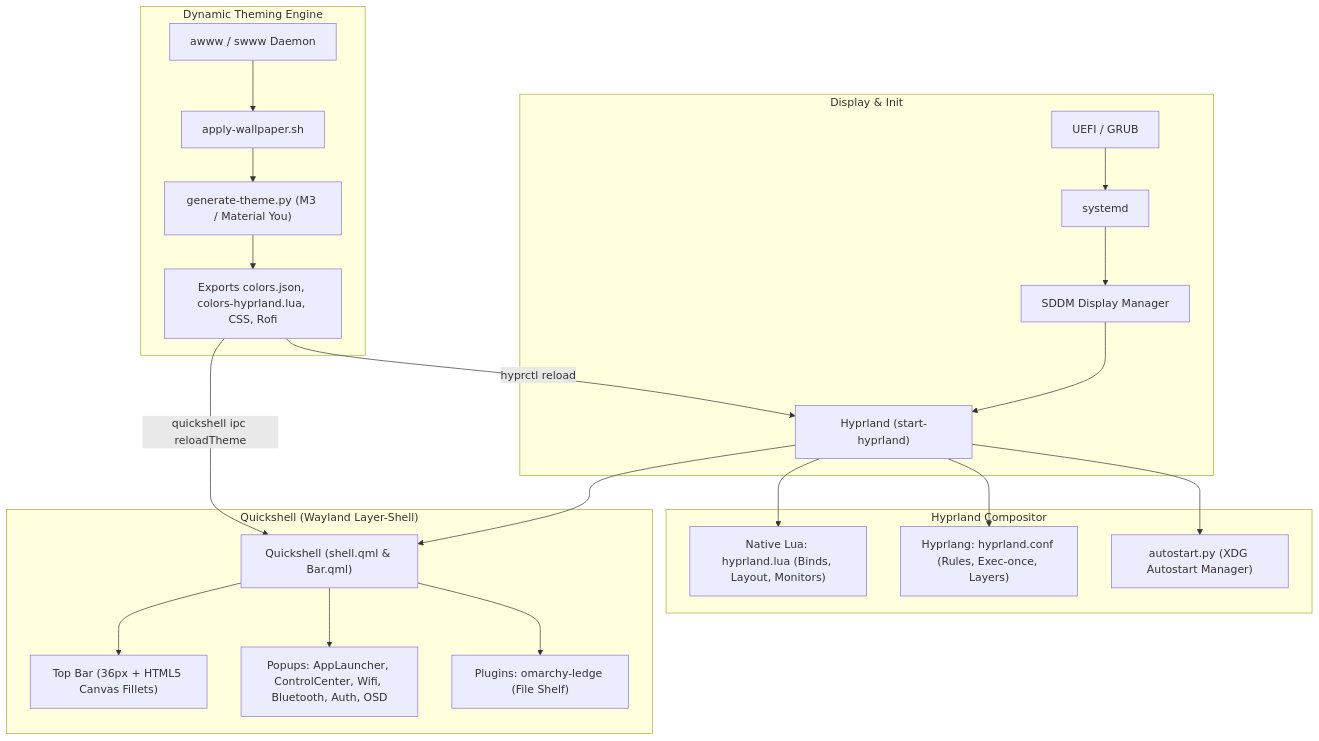
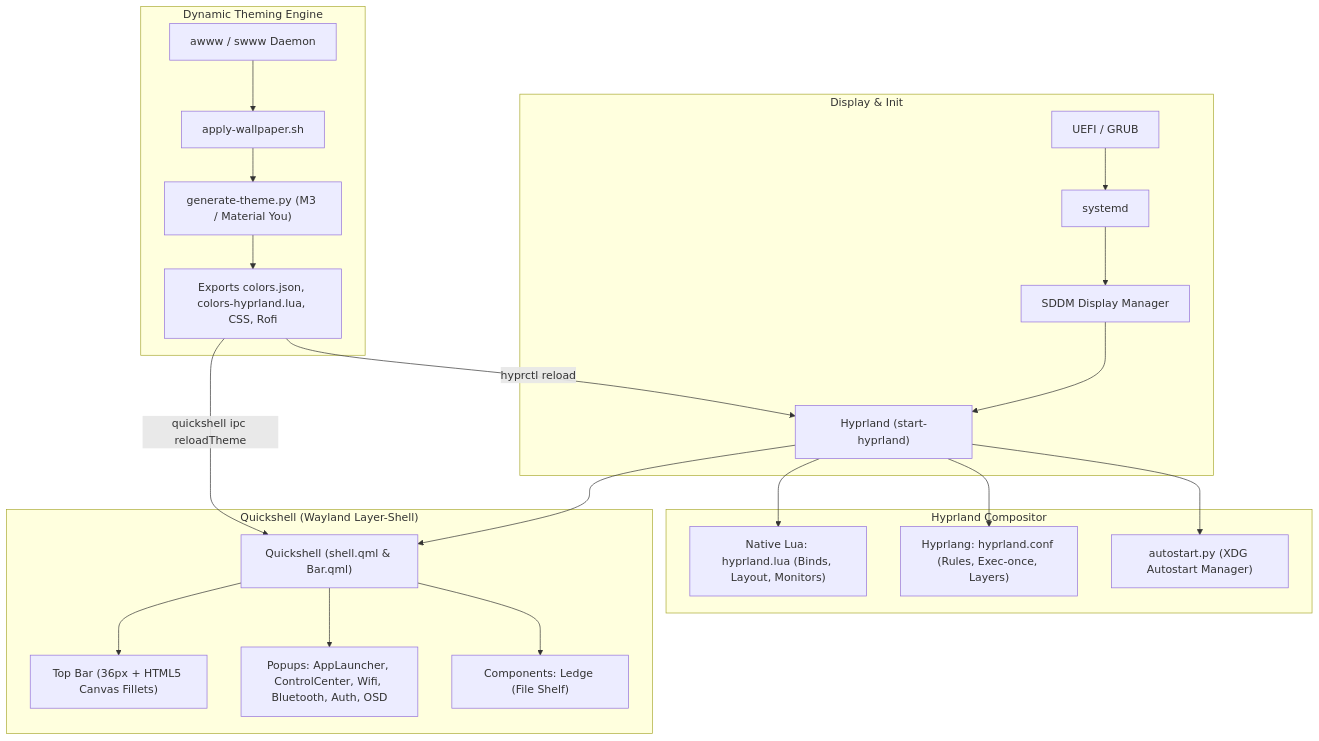
The diagram in home/.agents/skills/mechanic/SKILL.md (krreeshhh/DotFiles), drawn with Mermaid before and after one commit. The commit also changed other lines of this file and 82 other files, not shown here.

````diff
--- a/home/.agents/skills/mechanic/SKILL.md
+++ b/home/.agents/skills/mechanic/SKILL.md
@@ -50,29 +50,29 @@
 ```mermaid
 flowchart TD
     subgraph Boot ["Display & Init"]
         A[UEFI / GRUB] --> B[systemd]
         B --> C[SDDM Display Manager]
         C --> D["Hyprland (start-hyprland)"]
     end
 
     subgraph Compositor ["Hyprland Compositor"]
         D --> E["Native Lua: hyprland.lua (Binds, Layout, Monitors)"]
         D --> F["Hyprlang: hyprland.conf (Rules, Exec-once, Layers)"]
         D --> G["autostart.py (XDG Autostart Manager)"]
     end
 
     subgraph DesktopShell ["Quickshell (Wayland Layer-Shell)"]
         D --> H["Quickshell (shell.qml & Bar.qml)"]
         H --> I["Top Bar (36px + HTML5 Canvas Fillets)"]
         H --> J["Popups: AppLauncher, ControlCenter, Wifi, Bluetooth, Auth, OSD"]
-        H --> K["Plugins: omarchy-ledge (File Shelf)"]
+        H --> K["Components: Ledge (File Shelf)"]
     end
 
     subgraph Theming ["Dynamic Theming Engine"]
         L["awww / swww Daemon"] --> M["apply-wallpaper.sh"]
         M --> N["generate-theme.py (M3 / Material You)"]
         N --> O["Exports colors.json, colors-hyprland.lua, CSS, Rofi"]
         O -->|quickshell ipc reloadTheme| H
         O -->|hyprctl reload| D
     end
 ```
````
